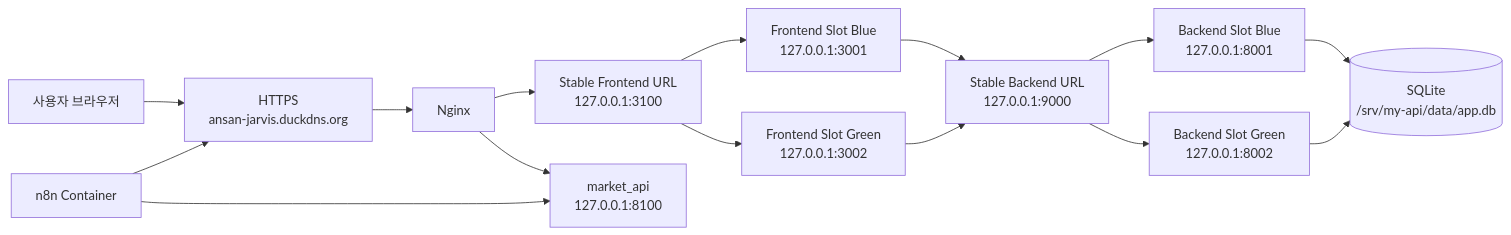
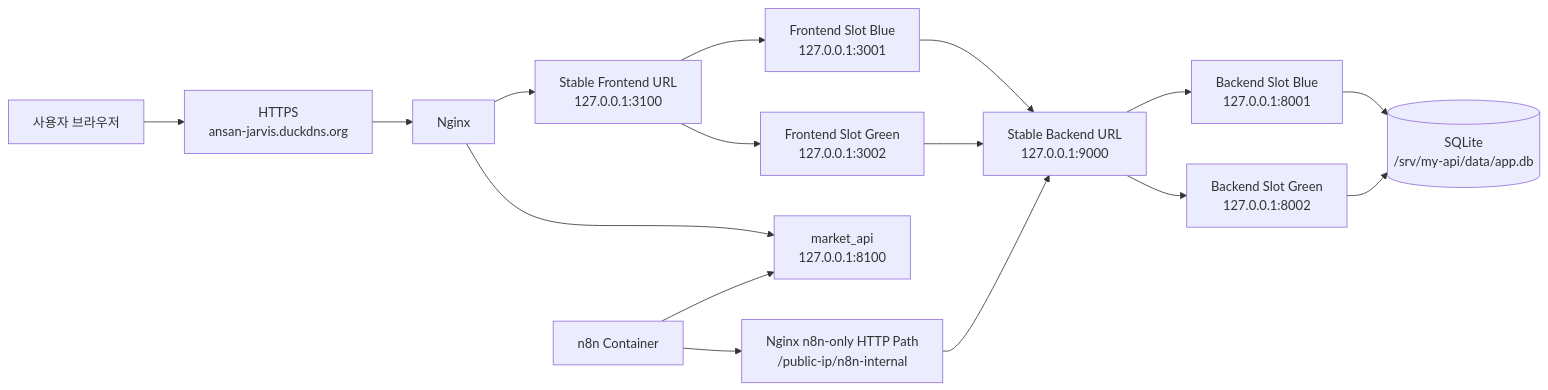
Before and after one commit to shinymjg77-ux/my-api: the first of 4 diagrams in docs/system-overview.md, drawn with Mermaid. The commit also changed other lines of this file and 6 other files, not shown here.

Commit message:
Add ops-alert workflow template and internal n8n check path

````diff
--- a/docs/system-overview.md
+++ b/docs/system-overview.md
@@ -17,17 +17,18 @@
 ```mermaid
 flowchart LR
     User[사용자 브라우저] --> HTTPS[HTTPS\nansan-jarvis.duckdns.org]
     HTTPS --> Nginx[Nginx]
     Nginx --> StableFrontend[Stable Frontend URL\n127.0.0.1:3100]
     StableFrontend --> FrontBlue[Frontend Slot Blue\n127.0.0.1:3001]
     StableFrontend --> FrontGreen[Frontend Slot Green\n127.0.0.1:3002]
     FrontBlue --> StableBackend[Stable Backend URL\n127.0.0.1:9000]
     FrontGreen --> StableBackend
     StableBackend --> BackBlue[Backend Slot Blue\n127.0.0.1:8001]
     StableBackend --> BackGreen[Backend Slot Green\n127.0.0.1:8002]
     Nginx --> Market[market_api\n127.0.0.1:8100]
     BackBlue --> SQLite[(SQLite\n/srv/my-api/data/app.db)]
     BackGreen --> SQLite
-    n8n[n8n Container] --> HTTPS
+    n8n[n8n Container] --> InternalIngress[Nginx n8n-only HTTP Path\n/public-ip/n8n-internal]
     n8n --> Market
+    InternalIngress --> StableBackend
 ```
````
